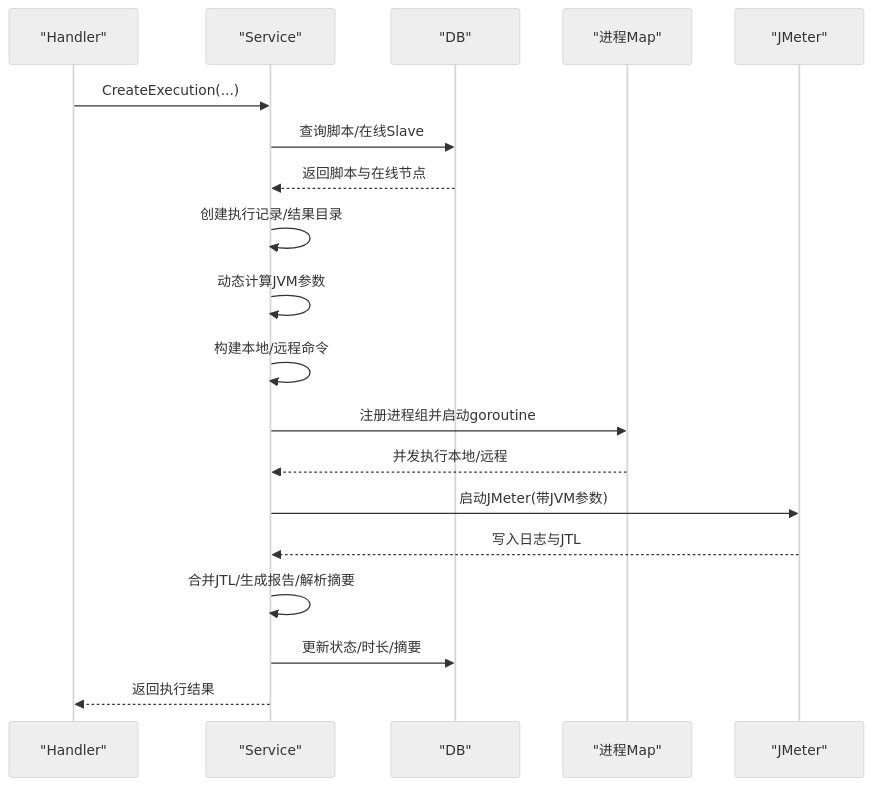
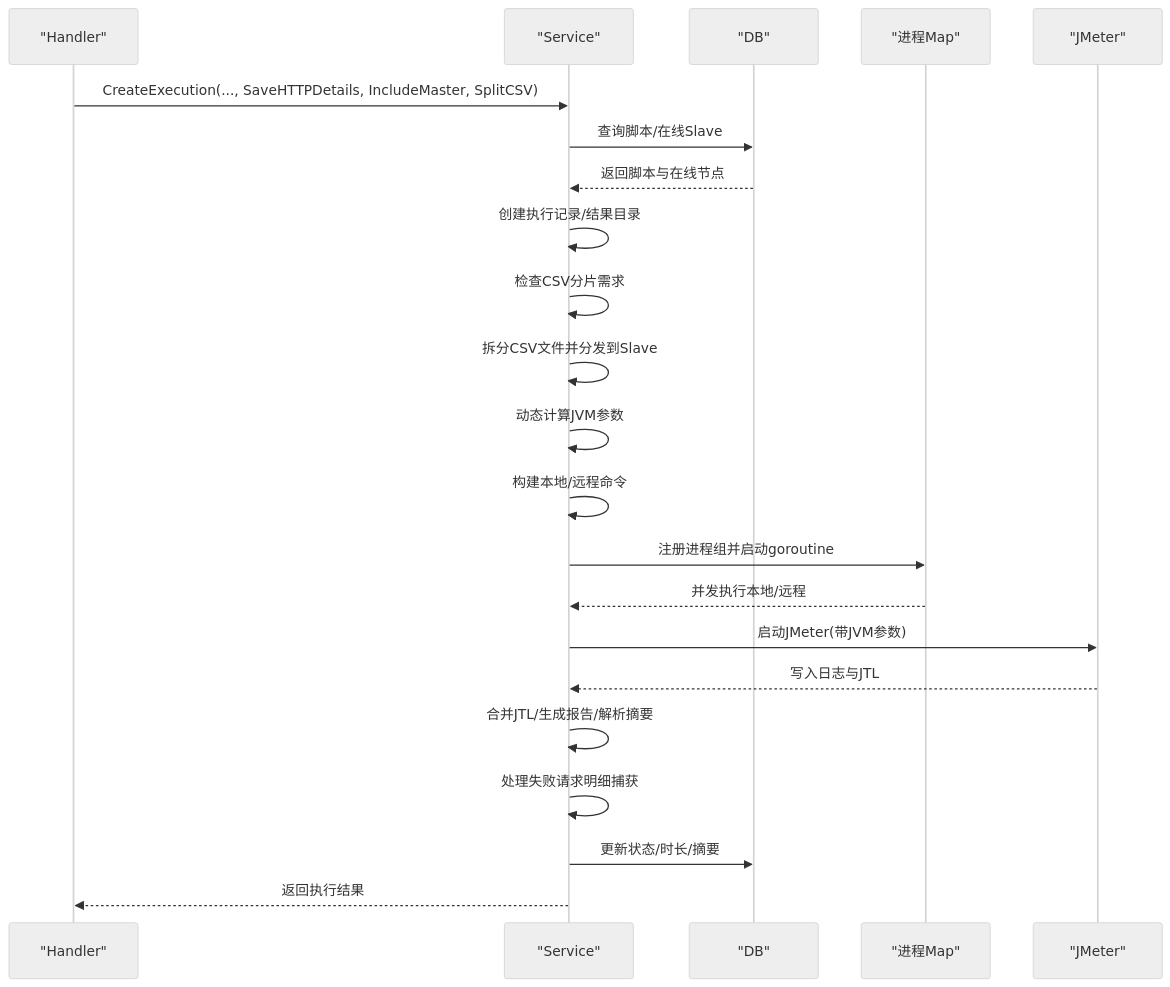
One commit to Liyuhao02/Jmeter-Admin changed the fifth of 6 diagrams in .qoder/repowiki/zh/content/核心业务模块/执行管理系统/执行流程控制.md. Above: the diagram before and after it, drawn with Mermaid (neutral theme). The commit also changed other lines of this file and 34 other files, not shown here.

````diff
--- a/.qoder/repowiki/zh/content/核心业务模块/执行管理系统/执行流程控制.md
+++ b/.qoder/repowiki/zh/content/核心业务模块/执行管理系统/执行流程控制.md
@@ -267,21 +325,24 @@
 ```mermaid
 sequenceDiagram
 participant H as "Handler"
 participant S as "Service"
 participant D as "DB"
 participant P as "进程Map"
 participant JM as "JMeter"
-H->>S : CreateExecution(...)
+H->>S : CreateExecution(..., SaveHTTPDetails, IncludeMaster, SplitCSV)
 S->>D : 查询脚本/在线Slave
 D-->>S : 返回脚本与在线节点
 S->>S : 创建执行记录/结果目录
+S->>S : 检查CSV分片需求
+S->>S : 拆分CSV文件并分发到Slave
 S->>S : 动态计算JVM参数
 S->>S : 构建本地/远程命令
 S->>P : 注册进程组并启动goroutine
 P-->>S : 并发执行本地/远程
 S->>JM : 启动JMeter(带JVM参数)
 JM-->>S : 写入日志与JTL
 S->>S : 合并JTL/生成报告/解析摘要
+S->>S : 处理失败请求明细捕获
 S->>D : 更新状态/时长/摘要
 S-->>H : 返回执行结果
 ```
````
